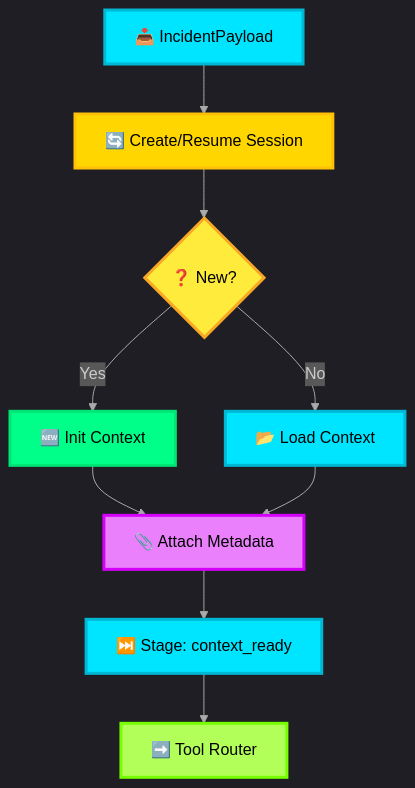
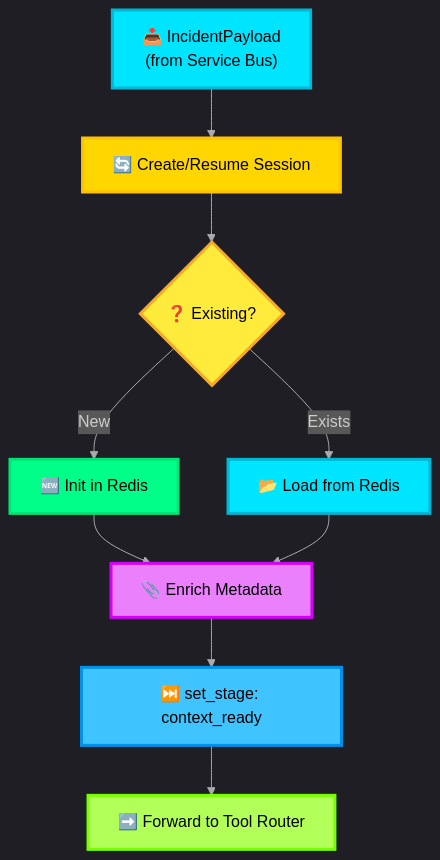
The diagram in docs/02-context-manager.md (thanhauco/agentic-ai-icm-system), drawn with Mermaid before and after one commit. The commit also changed other lines of this file and 1 other file, not shown here.

````diff
--- a/docs/02-context-manager.md
+++ b/docs/02-context-manager.md
@@ -13,20 +9,20 @@
 ```mermaid
 %%{init: {'theme': 'dark', 'themeVariables': {'lineColor': '#AAAAAA'}}}%%
 graph TD
-    A["📥 IncidentPayload"] --> B["🔄 Create/Resume Session"]
-    B --> C{"❓ New?"}
-    C -->|Yes| D["🆕 Init Context"]
-    C -->|No| E["📂 Load Context"]
-    D & E --> F["📎 Attach Metadata"]
-    F --> G["⏭️ Stage: context_ready"]
-    G --> H["➡️ Tool Router"]
+    A["📥 IncidentPayload<br>(from Service Bus)"] --> B["🔄 Create/Resume Session"]
+    B --> C{"❓ Existing?"}
+    C -->|New| D["🆕 Init in Redis"]
+    C -->|Exists| E["📂 Load from Redis"]
+    D & E --> F["📎 Enrich Metadata"]
+    F --> G["⏭️ set_stage: context_ready"]
+    G --> H["➡️ Forward to Tool Router"]
 
     style A fill:#00E5FF,stroke:#00B8D4,stroke-width:3px,color:#000
     style B fill:#FFD600,stroke:#FFC107,stroke-width:3px,color:#000
     style C fill:#FFEB3B,stroke:#F9A825,stroke-width:3px,color:#000
     style D fill:#00FF88,stroke:#00E676,stroke-width:3px,color:#000
     style E fill:#00E5FF,stroke:#00B8D4,stroke-width:3px,color:#000
     style F fill:#EA80FC,stroke:#D500F9,stroke-width:3px,color:#000
-    style G fill:#00E5FF,stroke:#00B8D4,stroke-width:3px,color:#000
+    style G fill:#40C4FF,stroke:#0091EA,stroke-width:3px,color:#000
     style H fill:#B2FF59,stroke:#76FF03,stroke-width:3px,color:#000
 ```
````
